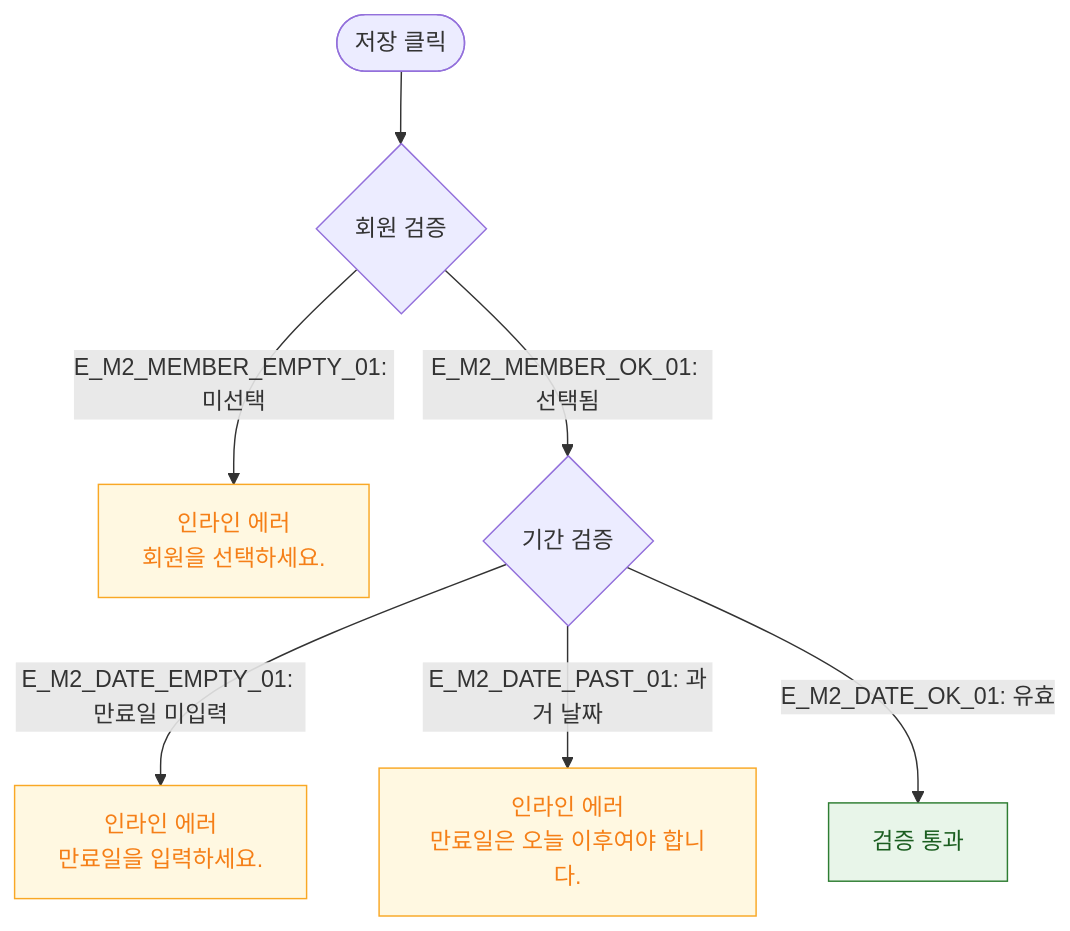
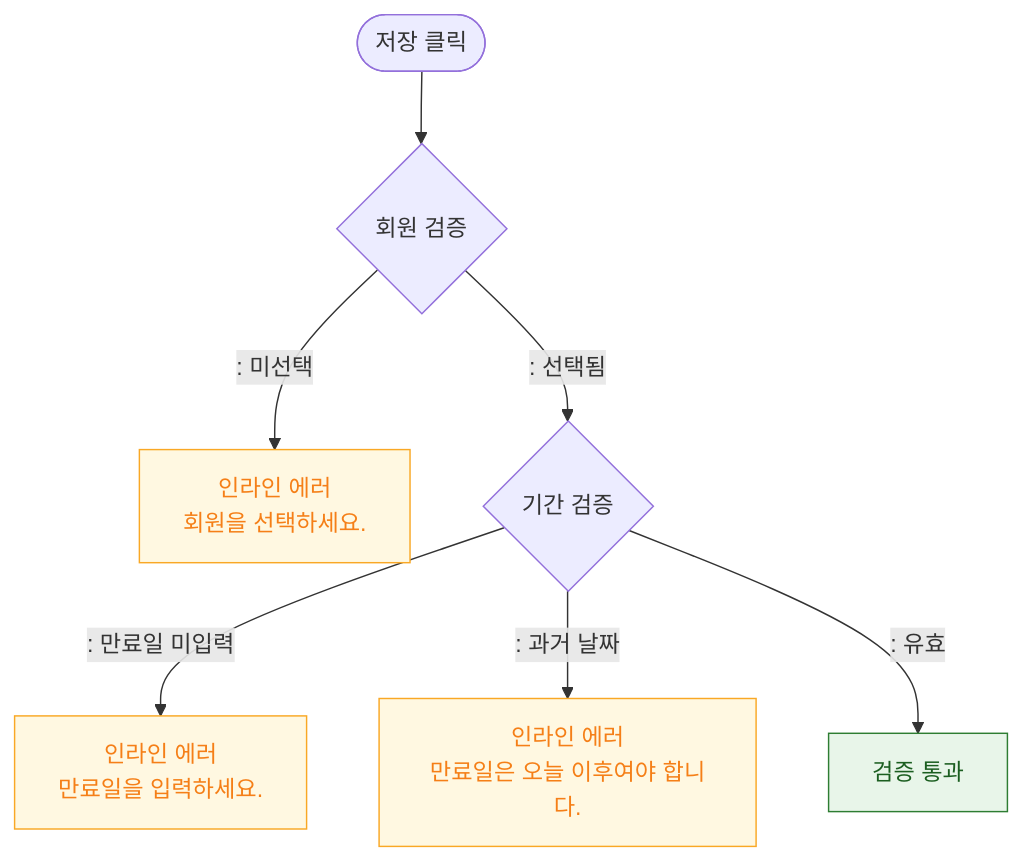
Before and after one commit to dev-spogym/admin-pando: the diagram in docs/다이어그램/D06_시설관리/DLG/DLG-050-004_개별배정/M2_필드검증.md, drawn with Mermaid. The commit also changed other lines of this file and 1660 other files, not shown here.

First line of the commit message:
다이어그램: 기획자/클라이언트 납품본으로 정리

````diff
--- a/docs/다이어그램/D06_시설관리/DLG/DLG-050-004_개별배정/M2_필드검증.md
+++ b/docs/다이어그램/D06_시설관리/DLG/DLG-050-004_개별배정/M2_필드검증.md
@@ -16,14 +14,14 @@
 ```mermaid
 flowchart TD
     SUBMIT([저장 클릭]) --> V1{회원 검증}
-    V1 -->|"E_M2_MEMBER_EMPTY_01: 미선택"| ErrMember[인라인 에러\n회원을 선택하세요.]
-    V1 -->|"E_M2_MEMBER_OK_01: 선택됨"| V2{기간 검증}
-    V2 -->|"E_M2_DATE_EMPTY_01: 만료일 미입력"| ErrDate[인라인 에러\n만료일을 입력하세요.]
-    V2 -->|"E_M2_DATE_PAST_01: 과거 날짜"| ErrPast[인라인 에러\n만료일은 오늘 이후여야 합니다.]
-    V2 -->|"E_M2_DATE_OK_01: 유효"| PASS[검증 통과]
+    V1 -->|": 미선택"|ErrMember[인라인 에러\n회원을 선택하세요.]
+    V1 -->|": 선택됨"|V2{기간 검증}
+    V2 -->|": 만료일 미입력"|ErrDate[인라인 에러\n만료일을 입력하세요.]
+    V2 -->|": 과거 날짜"|ErrPast[인라인 에러\n만료일은 오늘 이후여야 합니다.]
+    V2 -->|": 유효"|PASS[검증 통과]
 
     classDef warning fill:#FFF8E1,stroke:#F9A825,color:#F57F17
     classDef success fill:#E8F5E9,stroke:#2E7D32,color:#1B5E20
     class ErrMember,ErrDate,ErrPast warning
     class PASS success
 ```
````
